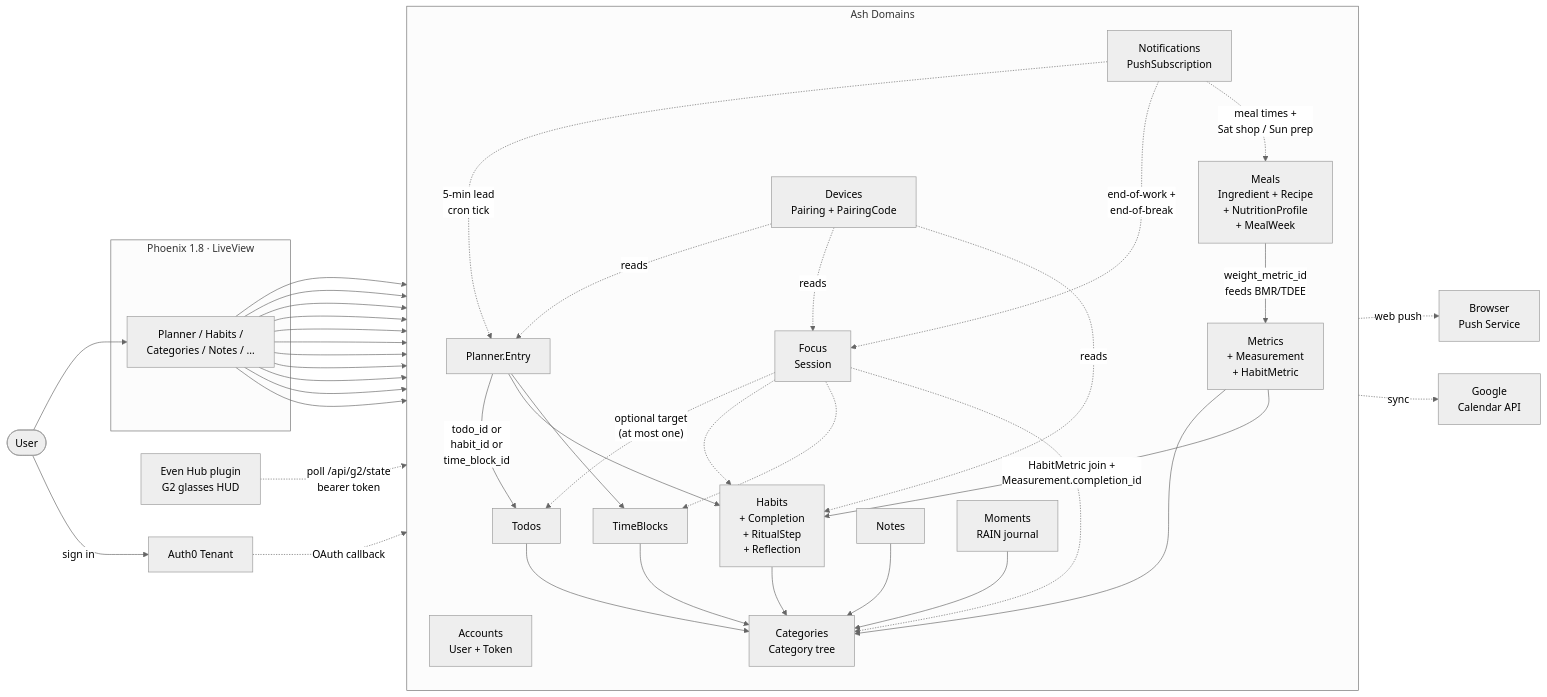
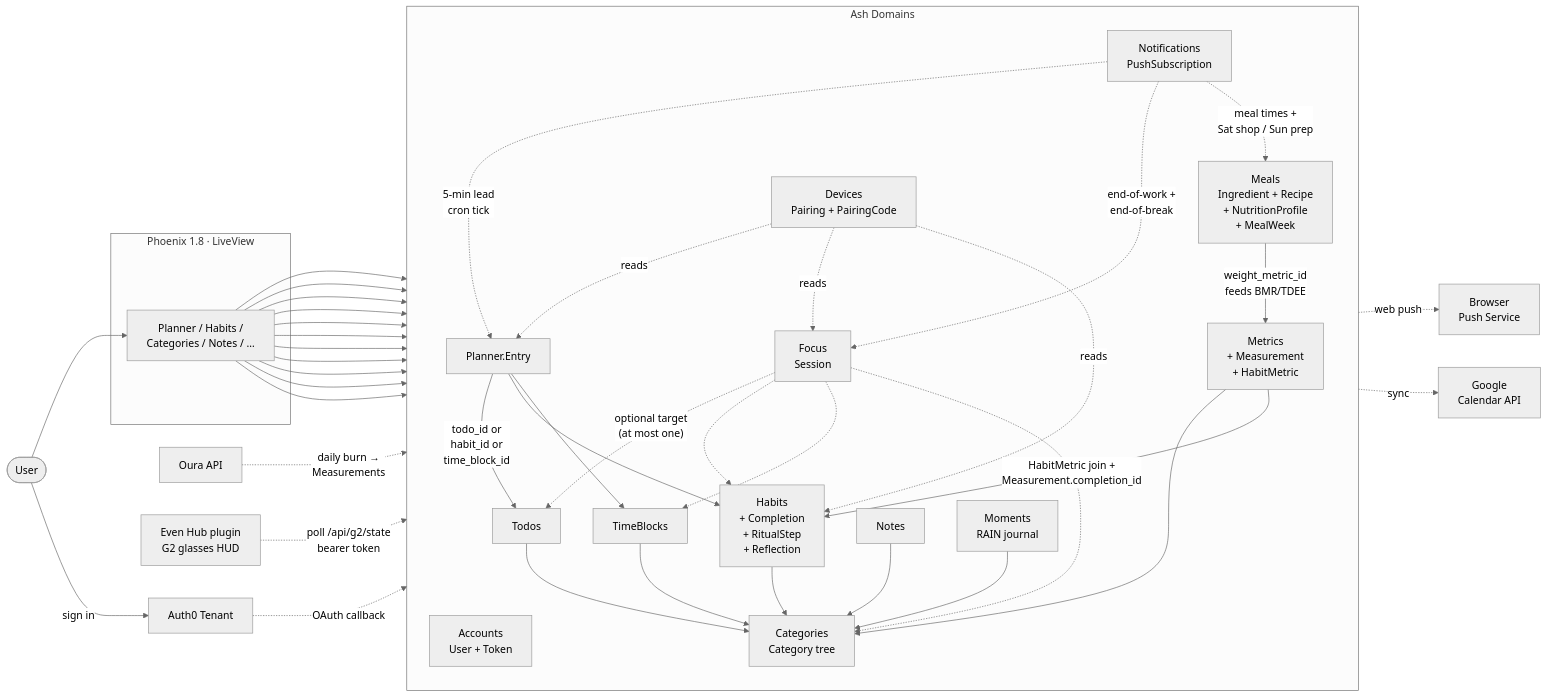
One commit to benkolera/electric-brain changed the diagram in README.md. Above: the diagram before and after it, drawn with Mermaid (neutral theme). The commit also changed other lines of this file and 15 other files, not shown here.

First line of the commit message:
Oura: daily burn feed + adaptive TDEE for meal targets

````diff
--- a/README.md
+++ b/README.md
@@ -122,75 +126,77 @@
 ```mermaid
 flowchart LR
     user([User])
 
     user -->|"sign in"| auth0[Auth0 Tenant]
     user --> liveview
 
     subgraph phx["Phoenix 1.8 · LiveView"]
         liveview["Planner / Habits /<br/>Categories / Notes / …"]
     end
 
     subgraph ash["Ash Domains"]
         direction TB
         accounts[Accounts<br/>User + Token]
         categories[Categories<br/>Category tree]
         todos[Todos]
         habits[Habits<br/>+ Completion<br/>+ RitualStep<br/>+ Reflection]
         timeblocks[TimeBlocks]
         planner[Planner.Entry]
         notes[Notes]
         metrics[Metrics<br/>+ Measurement<br/>+ HabitMetric]
         meals[Meals<br/>Ingredient + Recipe<br/>+ NutritionProfile<br/>+ MealWeek]
         moments[Moments<br/>RAIN journal]
         focus[Focus<br/>Session]
         notifications[Notifications<br/>PushSubscription]
         devices[Devices<br/>Pairing + PairingCode]
     end
 
     liveview --> accounts
     liveview --> categories
     liveview --> todos
     liveview --> habits
     liveview --> timeblocks
     liveview --> planner
     liveview --> notes
     liveview --> metrics
     liveview --> meals
     liveview --> moments
     liveview --> focus
 
     todos --> categories
     habits --> categories
     timeblocks --> categories
     notes --> categories
     metrics --> categories
     moments --> categories
 
     planner -->|"todo_id or<br/>habit_id or<br/>time_block_id"| todos
     planner --> habits
     planner --> timeblocks
 
     focus -.->|"optional target<br/>(at most one)"| todos
     focus -.-> habits
     focus -.-> timeblocks
     focus -.-> categories
 
     metrics -->|"HabitMetric join +<br/>Measurement.completion_id"| habits
 
     meals -->|"weight_metric_id<br/>feeds BMR/TDEE"| metrics
 
     notifications -.->|"5-min lead<br/>cron tick"| planner
     notifications -.->|"end-of-work +<br/>end-of-break"| focus
     notifications -.->|"meal times +<br/>Sat shop / Sun prep"| meals
     notifications -.->|"web push"| pushsvc[Browser<br/>Push Service]
 
     planner -.->|"sync"| gcal[Google<br/>Calendar API]
 
+    oura[Oura API] -.->|"daily burn →<br/>Measurements"| metrics
+
     g2plugin[Even Hub plugin<br/>G2 glasses HUD]
     g2plugin -.->|"poll /api/g2/state<br/>bearer token"| devices
     devices -.->|"reads"| planner
     devices -.->|"reads"| focus
     devices -.->|"reads"| habits
 
     auth0 -.->|"OAuth callback"| accounts
 ```
````
